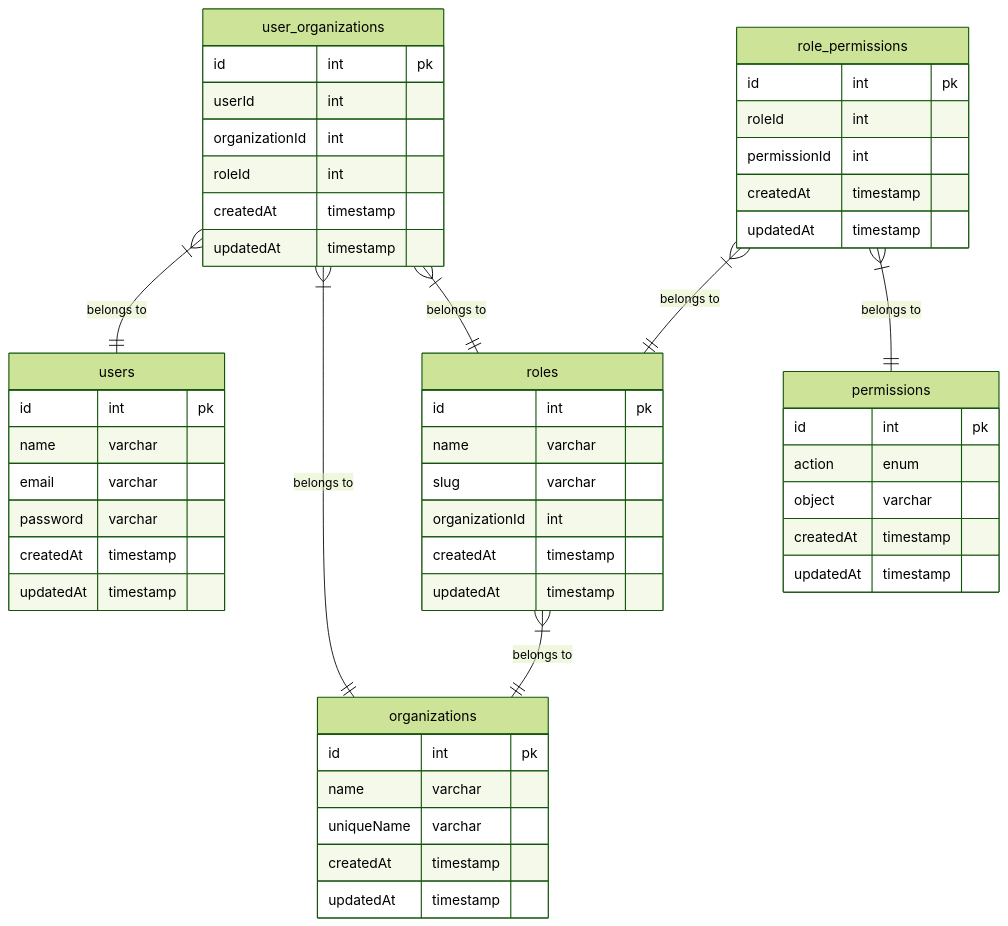
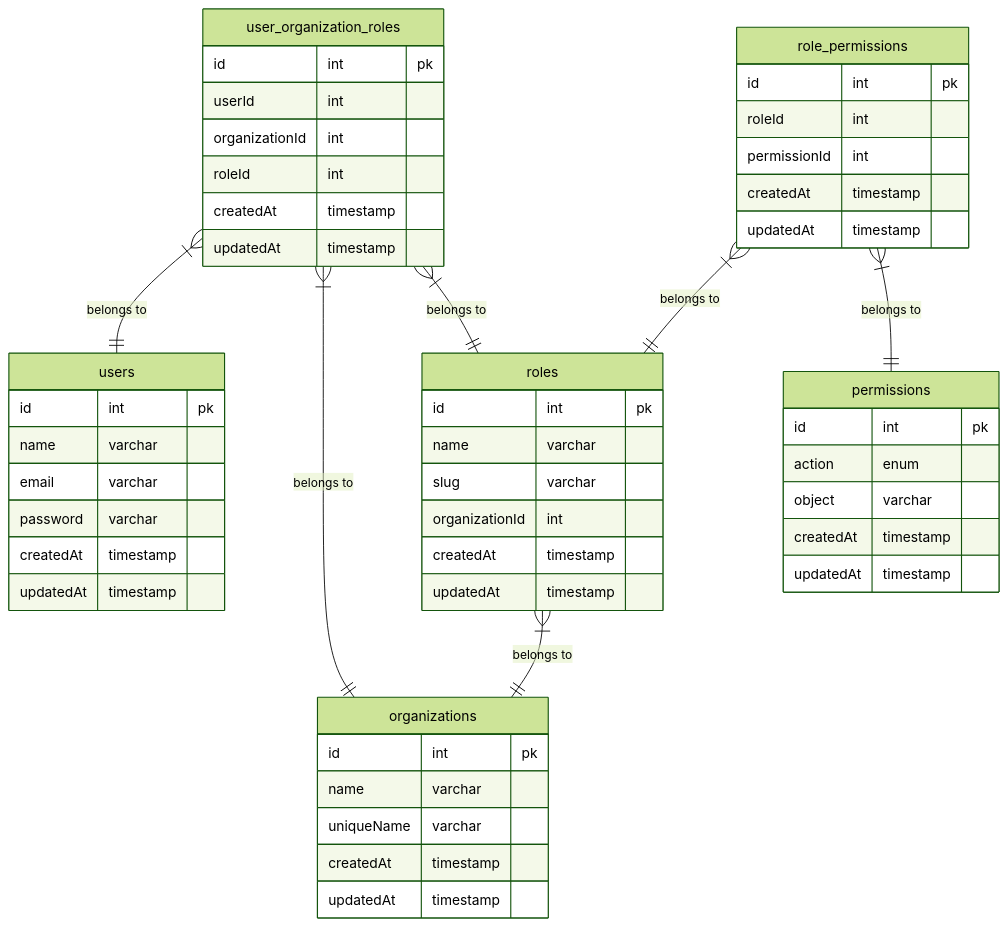
One commit to dylan751/ramen changed the diagram in docs/db-schema/README.md. Above: the diagram before and after it, drawn with Mermaid (forest theme).

Commit message:
chore: update db schema

````diff
--- a/docs/db-schema/README.md
+++ b/docs/db-schema/README.md
@@ -15,60 +15,60 @@
 ```mermaid
 erDiagram
     organizations {
         id int pk
         name varchar
         uniqueName varchar
         createdAt timestamp
         updatedAt timestamp
     }
 
     roles {
         id int pk
         name varchar
         slug varchar
         organizationId int
         createdAt timestamp
         updatedAt timestamp
     }
 
     users {
         id int pk
         name varchar
         email varchar
         password varchar
         createdAt timestamp
         updatedAt timestamp
     }
 
-    user_organizations {
+    user_organization_roles {
         id int pk
         userId int
         organizationId int
         roleId int
         createdAt timestamp
         updatedAt timestamp
     }
 
     permissions {
         id int pk
         action enum
         object varchar
         createdAt timestamp
         updatedAt timestamp
     }
 
     role_permissions {
         id int pk
         roleId int
         permissionId int
         createdAt timestamp
         updatedAt timestamp
     }
 
     roles }|--|| organizations : "belongs to"
-    user_organizations }|--|| users : "belongs to"
-    user_organizations }|--|| organizations : "belongs to"
-    user_organizations }|--|| roles : "belongs to"
+    user_organization_roles }|--|| users : "belongs to"
+    user_organization_roles }|--|| organizations : "belongs to"
+    user_organization_roles }|--|| roles : "belongs to"
     role_permissions }|--|| roles : "belongs to"
     role_permissions }|--|| permissions : "belongs to"
 ```
````
